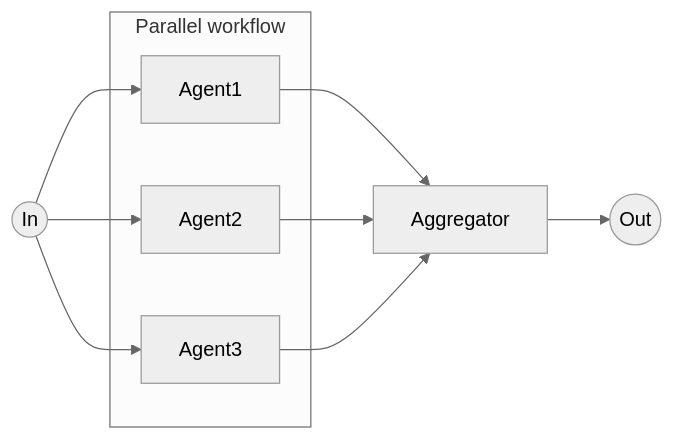
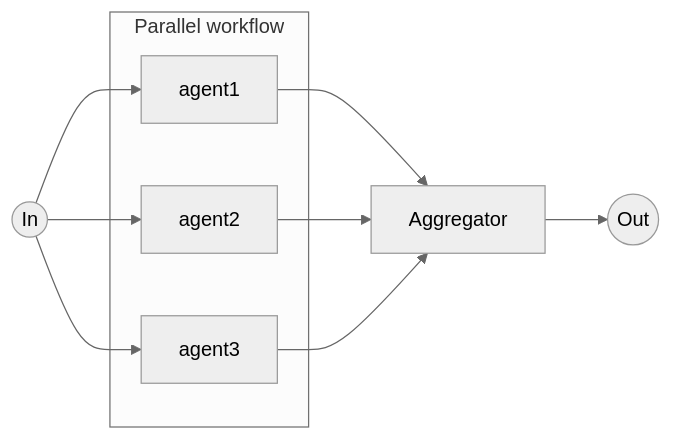
The diagram in examples/parallel_workflow/diagram.md (rootstrap/mars), drawn with Mermaid (neutral theme) before and after one commit. The commit also changed 8 other files, not shown here.

````diff
--- a/examples/parallel_workflow/diagram.md
+++ b/examples/parallel_workflow/diagram.md
@@ -1,21 +1,21 @@
 ```mermaid
 flowchart LR
 in((In))
 out((Out))
 aggregator[Aggregator]
-agent1[Agent1]
-agent2[Agent2]
-agent3[Agent3]
+agent1[agent1]
+agent2[agent2]
+agent3[agent3]
 subgraph parallel_workflow["Parallel workflow"]
   agent1
   agent2
   agent3
 end
 in --> agent1
 in --> agent2
 in --> agent3
 agent1 --> aggregator
 aggregator --> out
 agent2 --> aggregator
 agent3 --> aggregator
 ```
````
